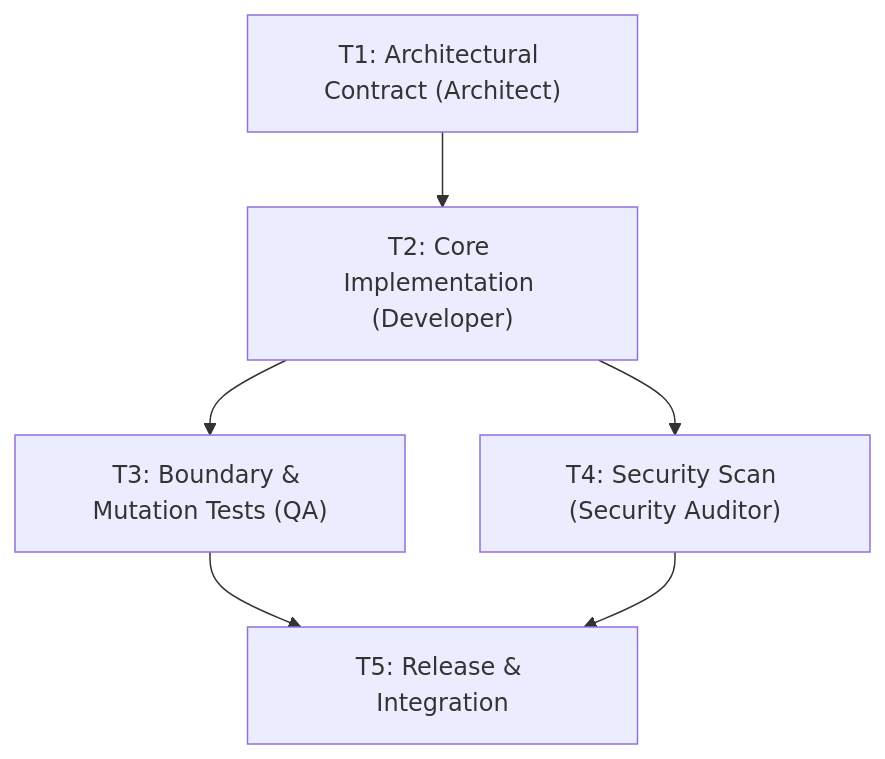
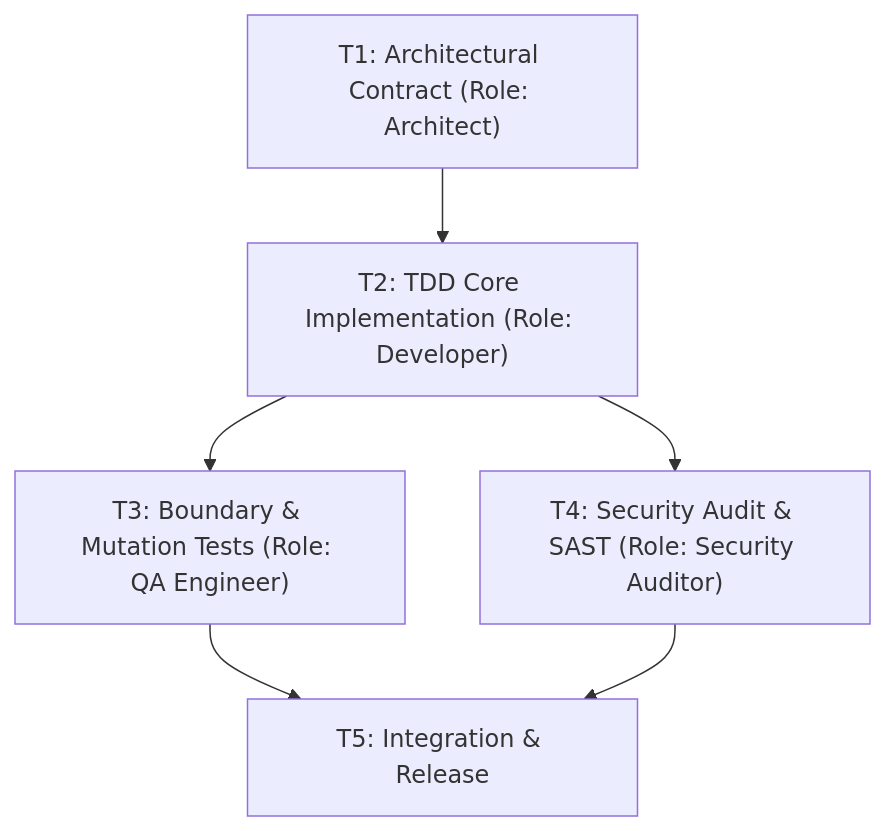
One commit to SamDozer/antigravity-elite-harness changed the fourth of 7 diagrams in README.md. Above: the diagram before and after it, drawn with Mermaid. The commit also changed other lines of this file and 6 other files, not shown here.

````diff
--- a/README.md
+++ b/README.md
@@ -116,8 +189,8 @@
 ```mermaid
 graph TD
-    T1["T1: Architectural Contract (Architect)"] --> T2["T2: Core Implementation (Developer)"]
-    T2 --> T3["T3: Boundary & Mutation Tests (QA)"]
-    T2 --> T4["T4: Security Scan (Security Auditor)"]
-    T3 --> T5["T5: Release & Integration"]
+    T1["T1: Architectural Contract (Role: Architect)"] --> T2["T2: TDD Core Implementation (Role: Developer)"]
+    T2 --> T3["T3: Boundary & Mutation Tests (Role: QA Engineer)"]
+    T2 --> T4["T4: Security Audit & SAST (Role: Security Auditor)"]
+    T3 --> T5["T5: Integration & Release"]
     T4 --> T5
 ```
````
